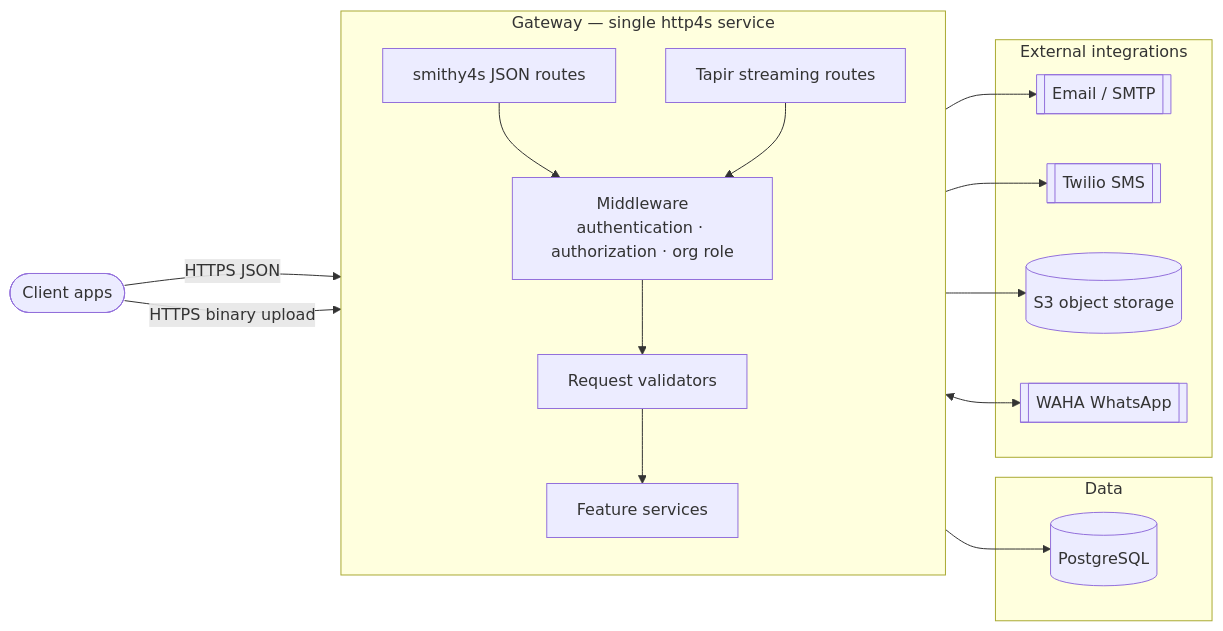
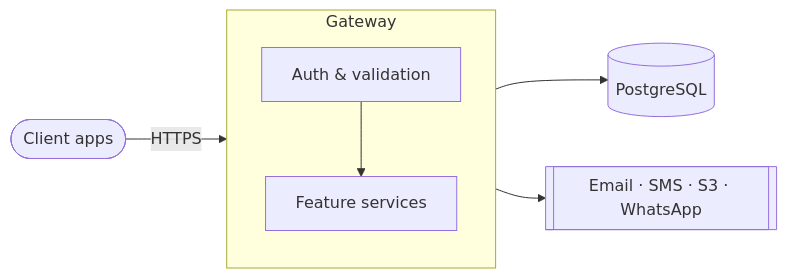
One commit to mesazon-org/app changed the first of 3 diagrams in README.md. Above: the diagram before and after it, drawn with Mermaid. The commit also changed other lines of this file and 13 other files, not shown here.

````diff
--- a/README.md
+++ b/README.md
@@ -26,35 +13,12 @@
 ```mermaid
 flowchart LR
-    Client([Client apps])
+    Client([Client apps]) -->|HTTPS| Gateway
 
-    subgraph Gateway["Gateway — single http4s service"]
+    subgraph Gateway["Gateway"]
         direction TB
-        SM[smithy4s JSON routes]
-        TP[Tapir streaming routes]
-        MW["Middleware<br/>authentication · authorization · org role"]
-        VAL[Request validators]
-        SVC[Feature services]
-        SM --> MW
-        TP --> MW
-        MW --> VAL --> SVC
+        MW["Auth & validation"] --> SVC[Feature services]
     end
 
-    subgraph Data["Data"]
-        PG[(PostgreSQL)]
-    end
-
-    subgraph External["External integrations"]
-        Email[[Email / SMTP]]
-        Twilio[[Twilio SMS]]
-        S3[(S3 object storage)]
-        WAHA[[WAHA WhatsApp]]
-    end
-
-    Client -->|HTTPS JSON| SM
-    Client -->|HTTPS binary upload| TP
-    SVC --> PG
-    SVC --> Email
-    SVC --> Twilio
-    SVC --> S3
-    SVC <--> WAHA
+    SVC --> PG[(PostgreSQL)]
+    SVC --> Ext[[Email · SMS · S3 · WhatsApp]]
 ```
````
